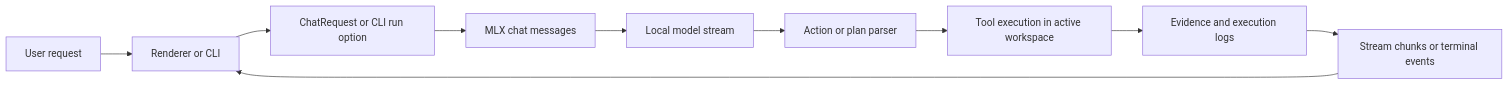
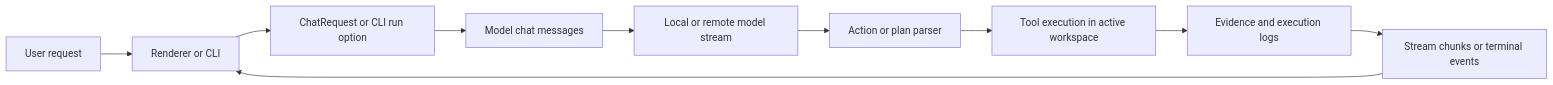
The sixth of 9 diagrams in docs/wiki/technical/architecture.md (martinbechard/gemma_code), drawn with Mermaid before and after one commit. The commit also changed other lines of this file and 33 other files, not shown here.

````diff
--- a/docs/wiki/technical/architecture.md
+++ b/docs/wiki/technical/architecture.md
@@ -228,12 +243,12 @@
 ```mermaid
 flowchart LR
   UserRequest["User request"] --> Surface["Renderer or CLI"]
   Surface --> RequestShape["ChatRequest or CLI run option"]
-  RequestShape --> Messages["MLX chat messages"]
-  Messages --> ModelStream["Local model stream"]
+  RequestShape --> Messages["Model chat messages"]
+  Messages --> ModelStream["Local or remote model stream"]
   ModelStream --> Parser["Action or plan parser"]
   Parser --> ToolExecution["Tool execution in active workspace"]
   ToolExecution --> Evidence["Evidence and execution logs"]
   Evidence --> HarnessResult["Stream chunks or terminal events"]
   HarnessResult --> Surface
 ```
````
